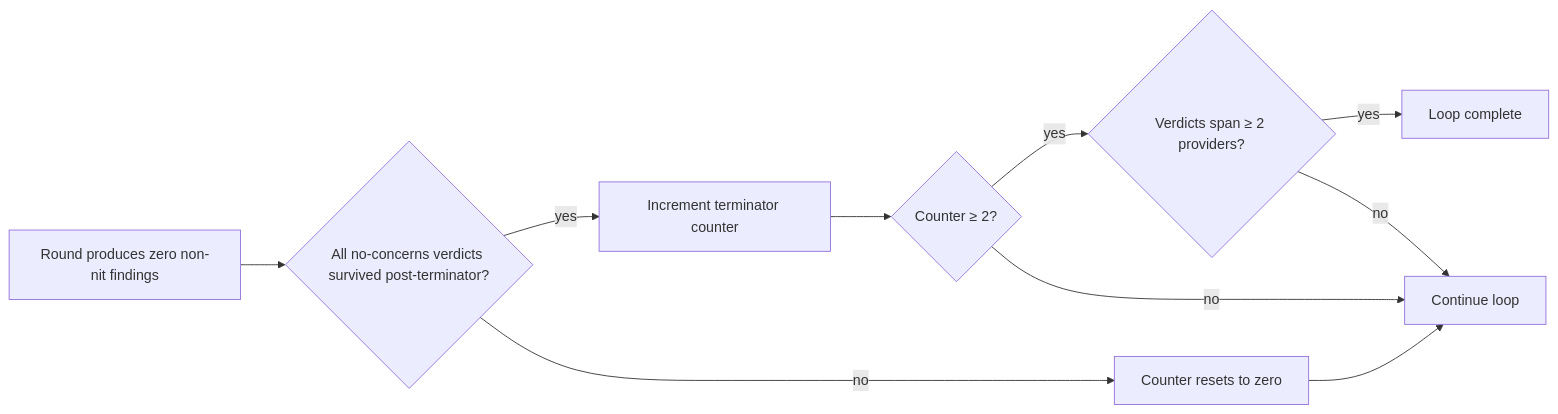
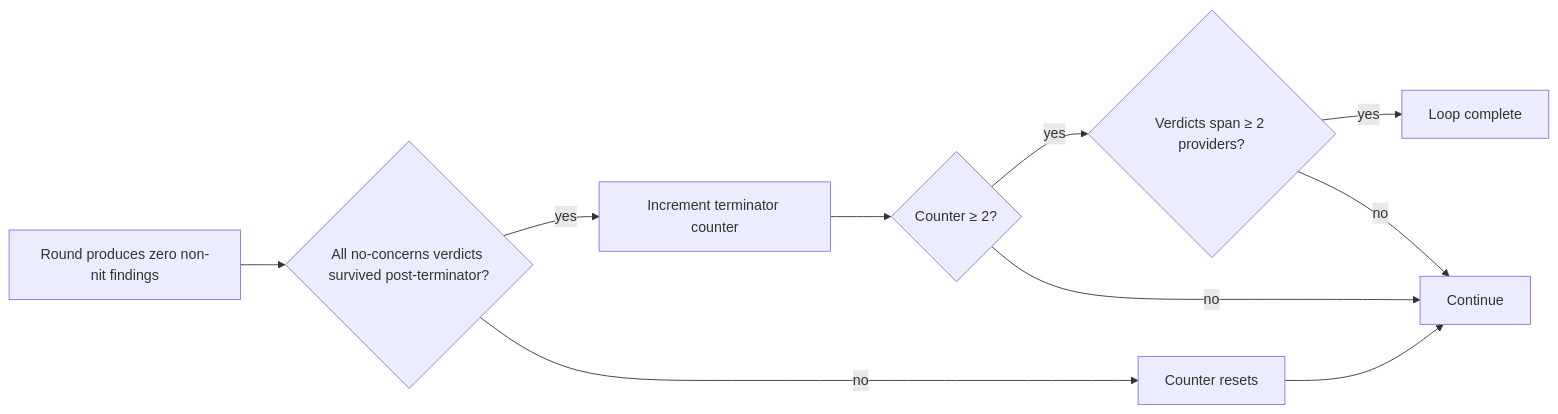
One commit to 1qh/lens changed the diagram in procedure/termination.md. Above: the diagram before and after it, drawn with Mermaid. The commit also changed other lines of this file and 14 other files, not shown here.

````diff
--- a/procedure/termination.md
+++ b/procedure/termination.md
@@ -7,13 +3,13 @@
 ```mermaid
 flowchart LR
     Round[Round produces zero non-nit findings]
-    Round --> NoConcerns{All no-concerns verdicts survived post-terminator?}
-    NoConcerns -- yes --> Counter[Increment terminator counter]
-    NoConcerns -- no --> Reset[Counter resets to zero]
+    Round --> NC{All no-concerns verdicts survived post-terminator?}
+    NC -- yes --> Counter[Increment terminator counter]
+    NC -- no --> Reset[Counter resets]
     Counter --> Check{Counter ≥ 2?}
     Check -- yes --> Provider{Verdicts span ≥ 2 providers?}
-    Check -- no --> Continue[Continue loop]
+    Check -- no --> Continue[Continue]
     Provider -- yes --> Terminate[Loop complete]
     Provider -- no --> Continue
     Reset --> Continue
 ```
````
